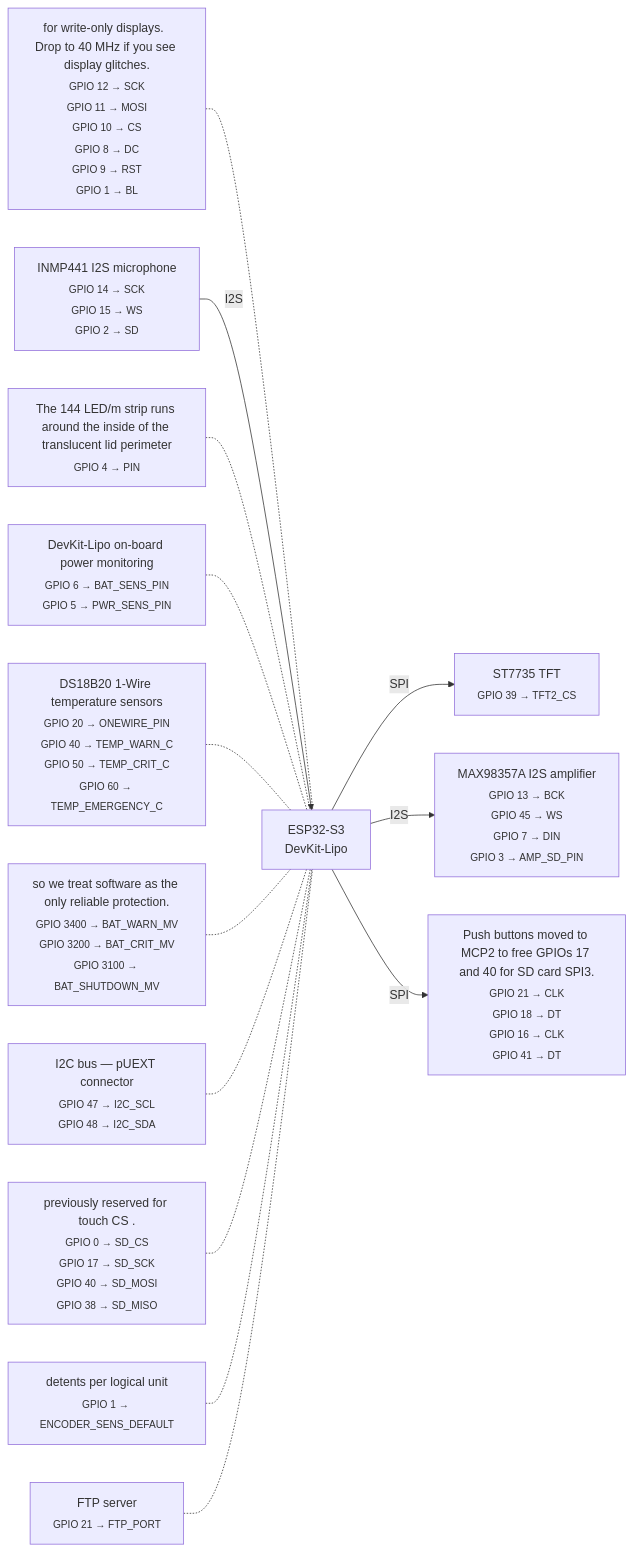
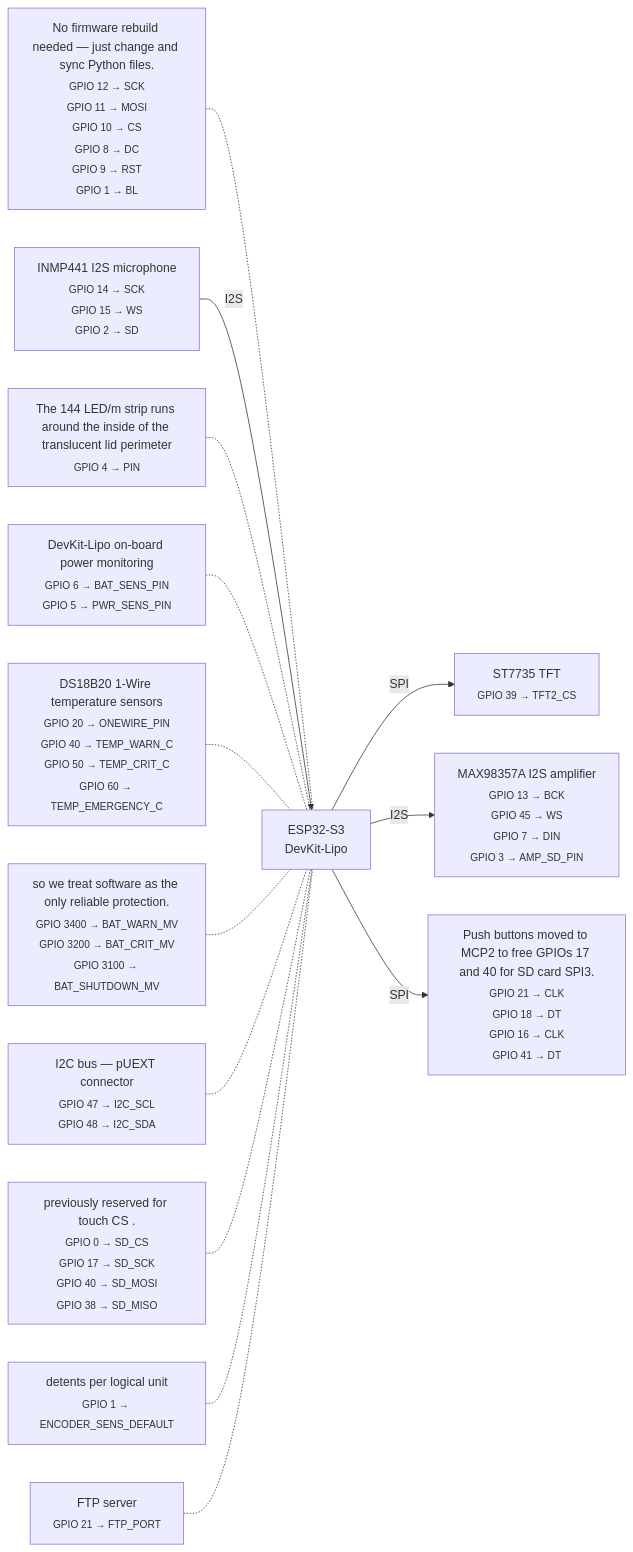
The diagram in docs/wiring.md (mandakan/bodn-esp32), drawn with Mermaid before and after one commit. The commit also changed other lines of this file and 4 other files, not shown here.

````diff
--- a/docs/wiring.md
+++ b/docs/wiring.md
@@ -8,44 +8,44 @@
 ```mermaid
 graph LR
     ESP["ESP32-S3<br/>DevKit-Lipo"]
 
-    forwriteonlydisplaysDropto40MHzifyouseedisplayglitches["for write-only displays.  Drop to 40 MHz if you see display glitches.<br/><sub>GPIO 12 → SCK<br/>GPIO 11 → MOSI<br/>GPIO 10 → CS<br/>GPIO 8 → DC<br/>GPIO 9 → RST<br/>GPIO 1 → BL</sub>"]
-    forwriteonlydisplaysDropto40MHzifyouseedisplayglitches -.- ESP
+    NofirmwarerebuildneededjustchangeandsyncPythonfiles["No firmware rebuild needed — just change and sync Python files.<br/><sub>GPIO 12 → SCK<br/>GPIO 11 → MOSI<br/>GPIO 10 → CS<br/>GPIO 8 → DC<br/>GPIO 9 → RST<br/>GPIO 1 → BL</sub>"]
+    NofirmwarerebuildneededjustchangeandsyncPythonfiles -.- ESP
 
     ST7735TFT["ST7735 TFT<br/><sub>GPIO 39 → TFT2_CS</sub>"]
     ESP -- SPI --> ST7735TFT
 
     INMP441I2Smicrophone["INMP441 I2S microphone<br/><sub>GPIO 14 → SCK<br/>GPIO 15 → WS<br/>GPIO 2 → SD</sub>"]
     INMP441I2Smicrophone -- I2S --> ESP
 
     MAX98357AI2Samplifier["MAX98357A I2S amplifier<br/><sub>GPIO 13 → BCK<br/>GPIO 45 → WS<br/>GPIO 7 → DIN<br/>GPIO 3 → AMP_SD_PIN</sub>"]
     ESP -- I2S --> MAX98357AI2Samplifier
 
     PushbuttonsmovedtoMCP2tofreeGPIOs17and40forSDcardSPI3["Push buttons moved to MCP2 to free GPIOs 17 and 40 for SD card SPI3.<br/><sub>GPIO 21 → CLK<br/>GPIO 18 → DT<br/>GPIO 16 → CLK<br/>GPIO 41 → DT</sub>"]
     ESP -- SPI --> PushbuttonsmovedtoMCP2tofreeGPIOs17and40forSDcardSPI3
 
     The144LEDmstriprunsaroundtheinsideofthetranslucentlidperimeter["The 144 LED/m strip runs around the inside of the translucent lid perimeter<br/><sub>GPIO 4 → PIN</sub>"]
     The144LEDmstriprunsaroundtheinsideofthetranslucentlidperimeter -.- ESP
 
     DevKitLipoonboardpowermonitoring["DevKit-Lipo on-board power monitoring<br/><sub>GPIO 6 → BAT_SENS_PIN<br/>GPIO 5 → PWR_SENS_PIN</sub>"]
     DevKitLipoonboardpowermonitoring -.- ESP
 
     DS18B201Wiretemperaturesensors["DS18B20 1-Wire temperature sensors<br/><sub>GPIO 20 → ONEWIRE_PIN<br/>GPIO 40 → TEMP_WARN_C<br/>GPIO 50 → TEMP_CRIT_C<br/>GPIO 60 → TEMP_EMERGENCY_C</sub>"]
     DS18B201Wiretemperaturesensors -.- ESP
 
     sowetreatsoftwareastheonlyreliableprotection["so we treat software as the only reliable protection.<br/><sub>GPIO 3400 → BAT_WARN_MV<br/>GPIO 3200 → BAT_CRIT_MV<br/>GPIO 3100 → BAT_SHUTDOWN_MV</sub>"]
     sowetreatsoftwareastheonlyreliableprotection -.- ESP
 
     I2CbuspUEXTconnector["I2C bus — pUEXT connector<br/><sub>GPIO 47 → I2C_SCL<br/>GPIO 48 → I2C_SDA</sub>"]
     I2CbuspUEXTconnector -.- ESP
 
     previouslyreservedfortouchCS["previously reserved for touch CS .<br/><sub>GPIO 0 → SD_CS<br/>GPIO 17 → SD_SCK<br/>GPIO 40 → SD_MOSI<br/>GPIO 38 → SD_MISO</sub>"]
     previouslyreservedfortouchCS -.- ESP
 
     detentsperlogicalunit["detents per logical unit<br/><sub>GPIO 1 → ENCODER_SENS_DEFAULT</sub>"]
     detentsperlogicalunit -.- ESP
 
     FTPserver["FTP server<br/><sub>GPIO 21 → FTP_PORT</sub>"]
     FTPserver -.- ESP
 
 ```
````
